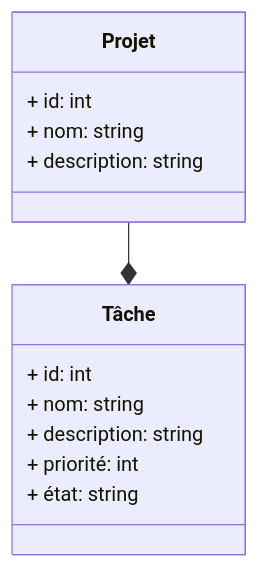
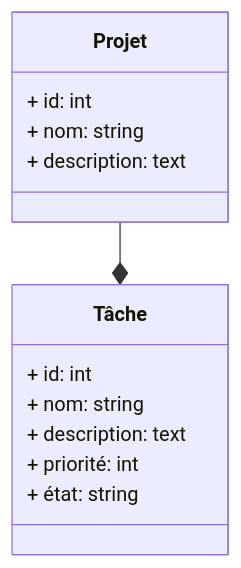
The first of 2 diagrams in docs/pk_global/conception/Rappel.md (zaani12/prototype), drawn with Mermaid before and after one commit. The commit also changed 32 other files, not shown here.

`````diff
--- a/docs/pk_global/conception/Rappel.md
+++ b/docs/pk_global/conception/Rappel.md
@@ -27,19 +27,19 @@
 ````mermaid
 classDiagram
 class Projet {
   + id: int
   + nom: string
-  + description: string
+  + description: text
 }
 
 class Tâche {
   + id: int
   + nom: string
-  + description: string
+  + description: text
   + priorité: int
   + état: string
 }
 
 Projet --* Tâche
 
 ````
`````
